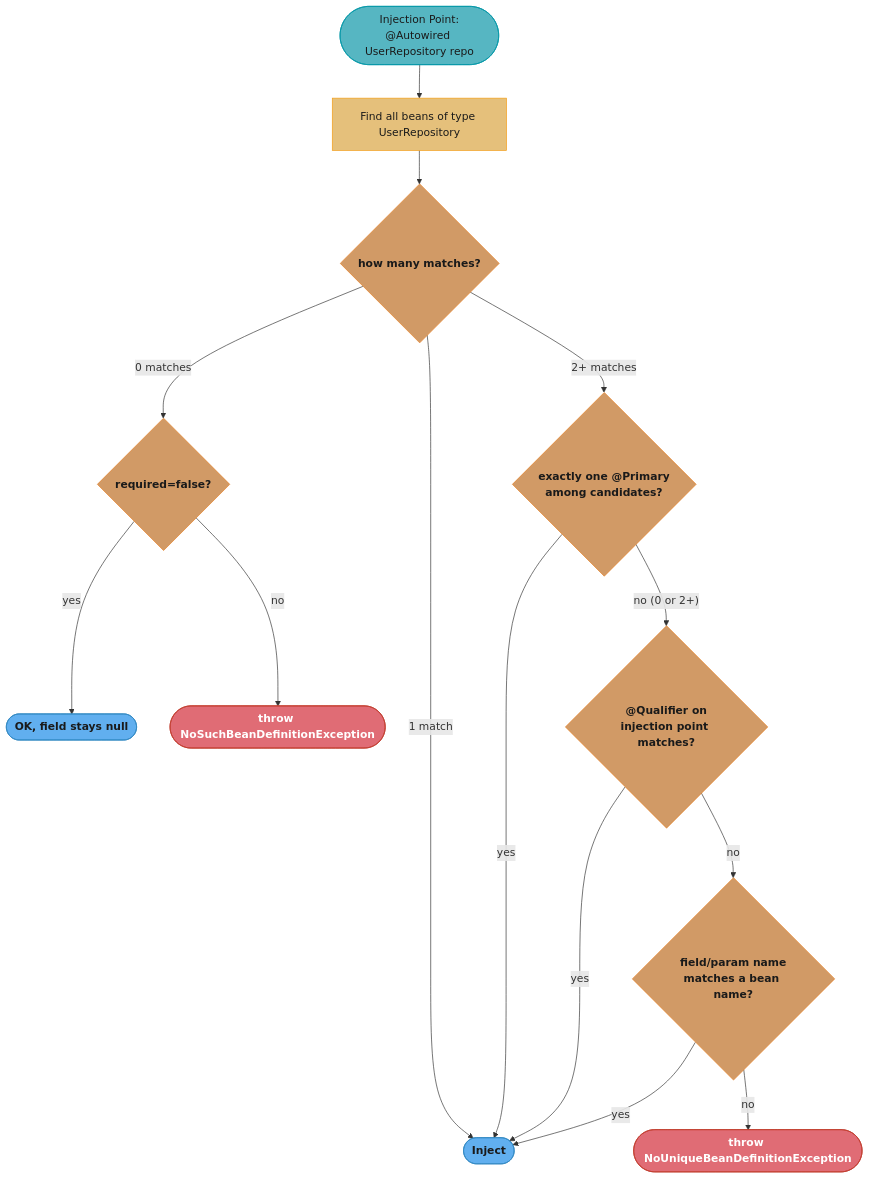
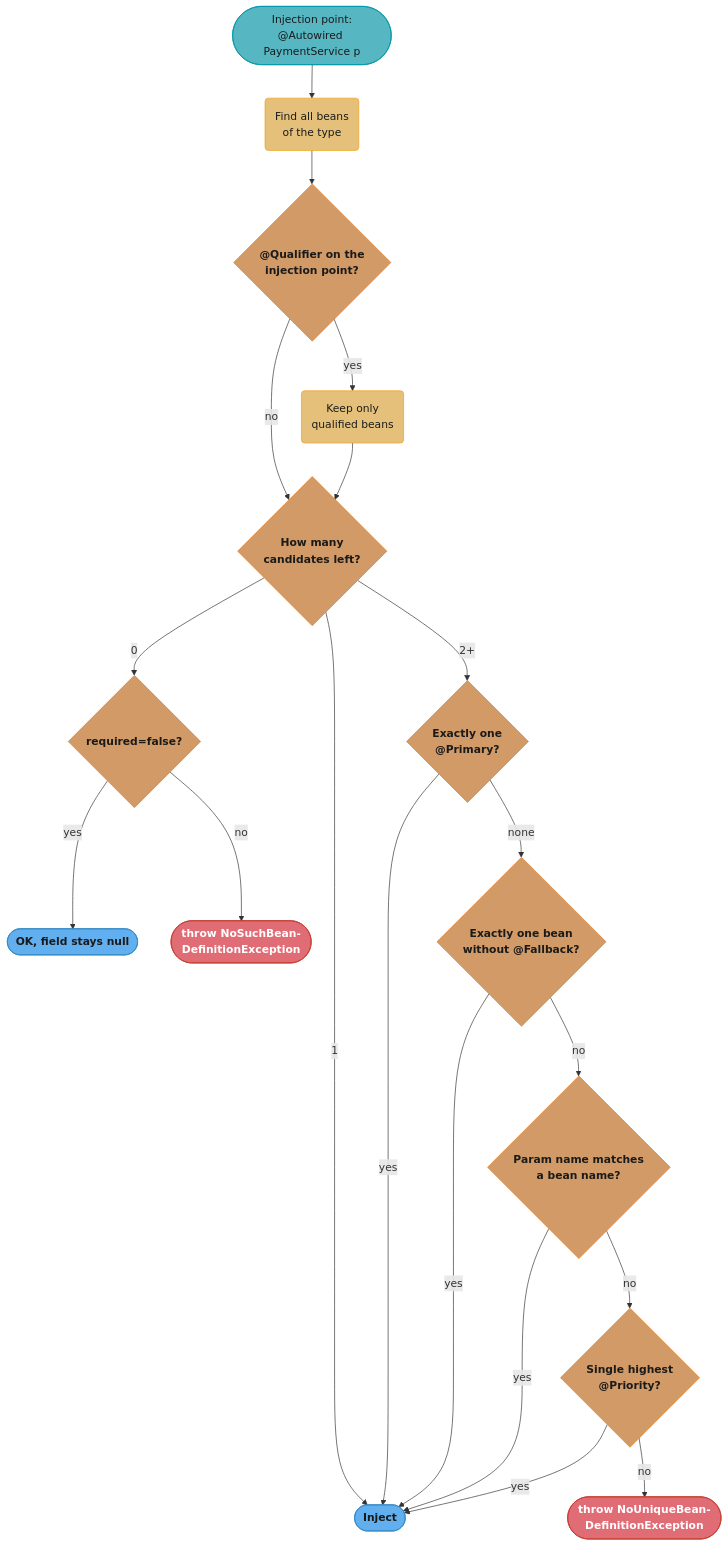
Before and after one commit to rppol/system-design: the first of 3 diagrams in src/main/java/com/rutik/systemdesign/spring/dependency_injection/dependency_injection.md, drawn with Mermaid. The commit also changed other lines of this file and 655 other files, not shown here.

````diff
--- a/src/main/java/com/rutik/systemdesign/spring/dependency_injection/dependency_injection.md
+++ b/src/main/java/com/rutik/systemdesign/spring/dependency_injection/dependency_injection.md
@@ -68,30 +70,35 @@
 ```mermaid
 flowchart TD
     classDef io      fill:#61afef,stroke:#2e86c1,color:#1a1a1a,font-weight:bold
     classDef frozen  fill:#c678dd,stroke:#9b59b6,color:#fff
     classDef train   fill:#98c379,stroke:#27ae60,color:#1a1a1a
     classDef mathOp  fill:#d19a66,stroke:#e67e22,color:#1a1a1a,font-weight:bold
     classDef lossN   fill:#e06c75,stroke:#c0392b,color:#fff,font-weight:bold
     classDef req     fill:#56b6c2,stroke:#0097a7,color:#1a1a1a
     classDef base    fill:#e5c07b,stroke:#f39c12,color:#1a1a1a
 
-    Point(["Injection Point:\n@Autowired UserRepository repo"]) --> Find["Find all beans of type UserRepository"]
-    Find --> Count{"how many matches?"}
-    Count -->|"1 match"| Inject(["Inject"])
-    Count -->|"0 matches"| ReqCheck{"required=false?"}
-    Count -->|"2+ matches"| Primary{"exactly one @Primary\namong candidates?"}
+    Point(["Injection point:<br/>@Autowired PaymentService p"]) --> Find("Find all beans<br/>of the type")
+    Find --> Qual{"@Qualifier on the<br/>injection point?"}
+    Qual -->|"yes"| Filter("Keep only<br/>qualified beans")
+    Qual -->|"no"| Count
+    Filter --> Count{"How many<br/>candidates left?"}
+    Count -->|"1"| Inject(["Inject"])
+    Count -->|"0"| ReqCheck{"required=false?"}
+    Count -->|"2+"| Primary{"Exactly one<br/>@Primary?"}
     ReqCheck -->|"yes"| OkNull(["OK, field stays null"])
-    ReqCheck -->|"no"| ThrowNSBDE(["throw NoSuchBeanDefinitionException"])
+    ReqCheck -->|"no"| ThrowNSBDE(["throw NoSuchBean-<br/>DefinitionException"])
     Primary -->|"yes"| Inject
-    Primary -->|"no (0 or 2+)"| Qualifier{"@Qualifier on\ninjection point matches?"}
-    Qualifier -->|"yes"| Inject
-    Qualifier -->|"no"| NameMatch{"field/param name\nmatches a bean name?"}
+    Primary -->|"none"| Fallback{"Exactly one bean<br/>without @Fallback?"}
+    Fallback -->|"yes"| Inject
+    Fallback -->|"no"| NameMatch{"Param name matches<br/>a bean name?"}
     NameMatch -->|"yes"| Inject
-    NameMatch -->|"no"| ThrowNUBDE(["throw NoUniqueBeanDefinitionException"])
+    NameMatch -->|"no"| Priority{"Single highest<br/>@Priority?"}
+    Priority -->|"yes"| Inject
+    Priority -->|"no"| ThrowNUBDE(["throw NoUniqueBean-<br/>DefinitionException"])
 
     class Point req
-    class Find base
-    class Count,ReqCheck,Primary,Qualifier,NameMatch mathOp
+    class Find,Filter base
+    class Qual,Count,ReqCheck,Primary,Fallback,NameMatch,Priority mathOp
     class Inject,OkNull io
     class ThrowNSBDE,ThrowNUBDE lossN
 ```
````
